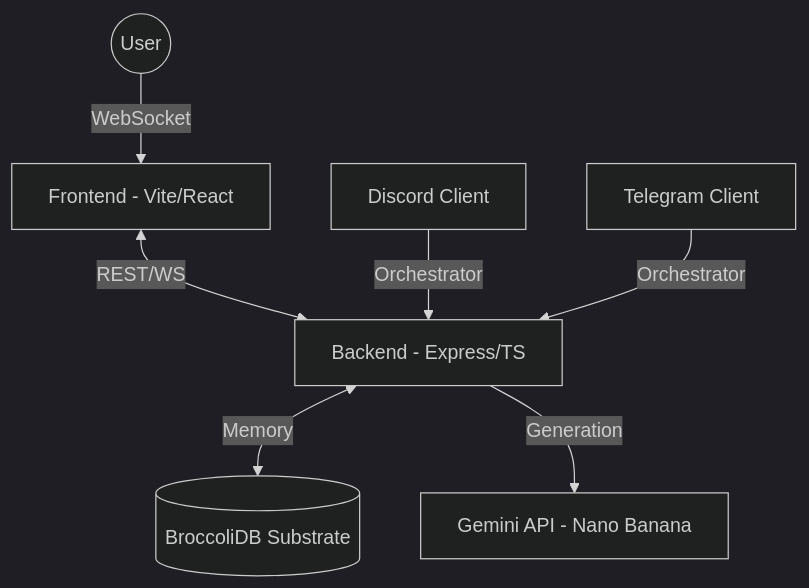
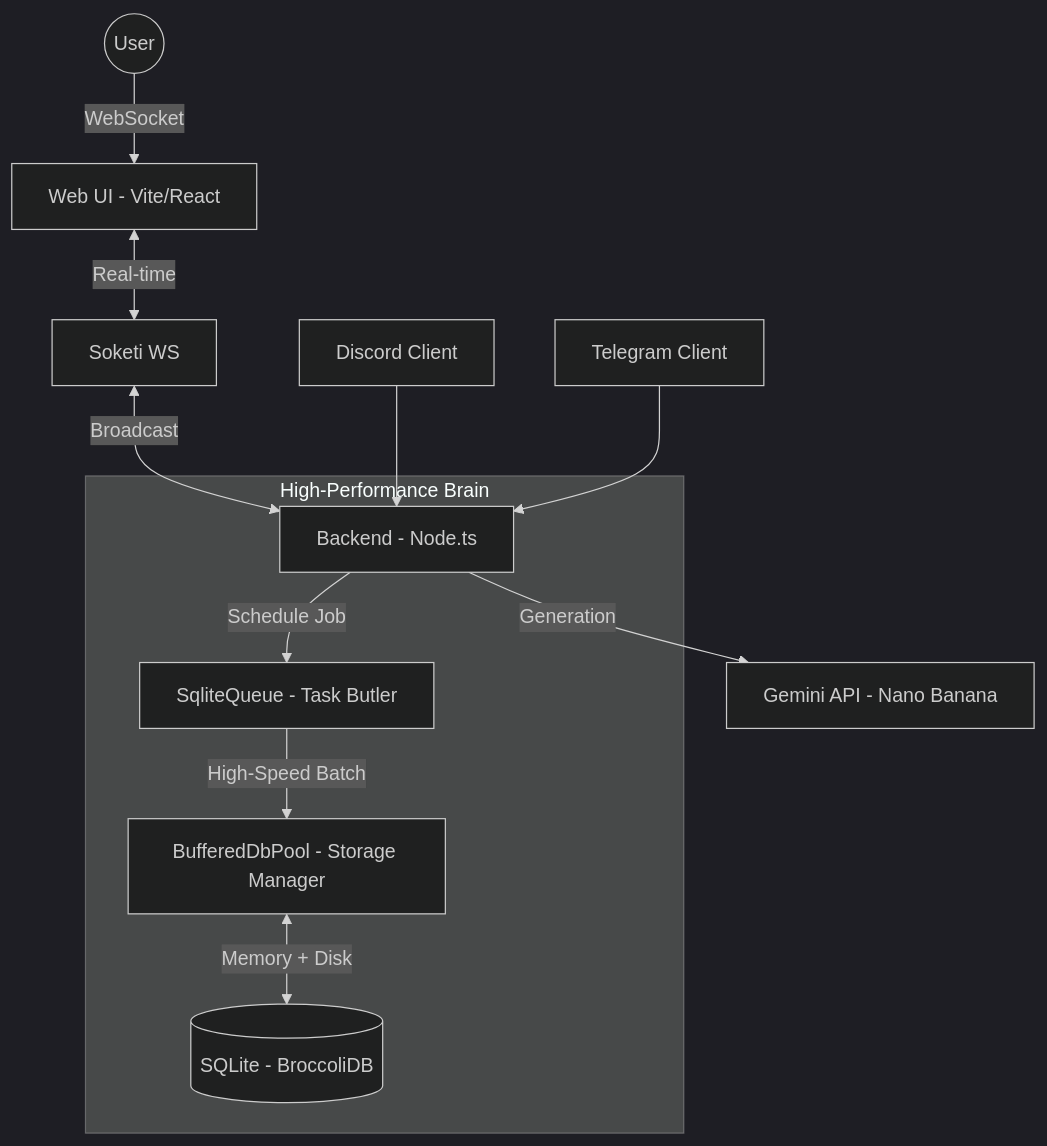
The diagram in README.md (CardSorting/AIDreamBees), drawn with Mermaid (dark theme) before and after one commit. The commit also changed other lines of this file and 3 other files, not shown here.

````diff
--- a/README.md
+++ b/README.md
@@ -86,9 +86,16 @@
 ```mermaid
 graph TD
-    User((User)) -->|WebSocket| Frontend[Frontend - Vite/React]
-    Frontend <-->|REST/WS| Backend[Backend - Express/TS]
-    Discord[Discord Client] -->|Orchestrator| Backend
-    Telegram[Telegram Client] -->|Orchestrator| Backend
-    Backend <-->|Memory| BDB[(BroccoliDB Substrate)]
+    User((User)) -->|WebSocket| Frontend[Web UI - Vite/React]
+    Frontend <-->|Real-time| Soketi[Soketi WS]
+    Soketi <-->|Broadcast| Backend[Backend - Node.ts]
+    
+    subgraph "High-Performance Brain"
+        Backend -->|Schedule Job| Queue[SqliteQueue - Task Butler]
+        Queue -->|High-Speed Batch| DBManager[BufferedDbPool - Storage Manager]
+        DBManager <-->|Memory + Disk| BDB[(SQLite - BroccoliDB)]
+    end
+    
     Backend -->|Generation| Gemini[Gemini API - Nano Banana]
+    Discord[Discord Client] --> Backend
+    Telegram[Telegram Client] --> Backend
 ```
````
